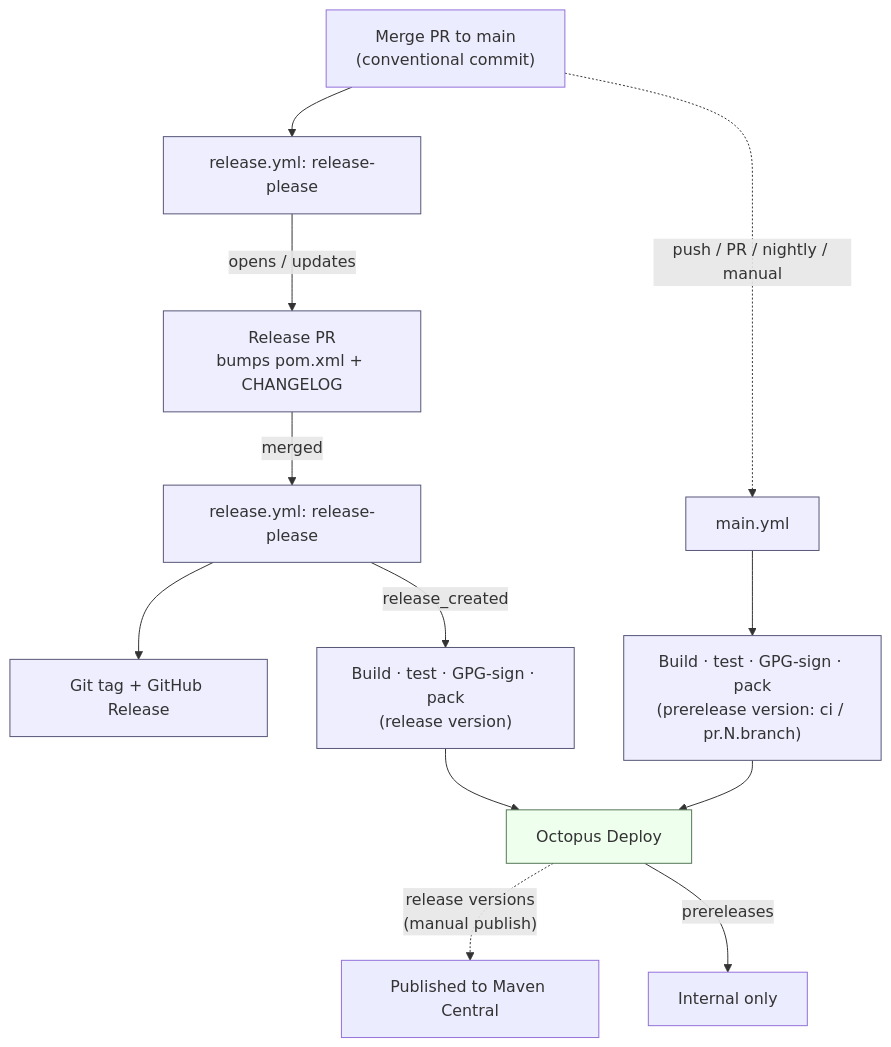
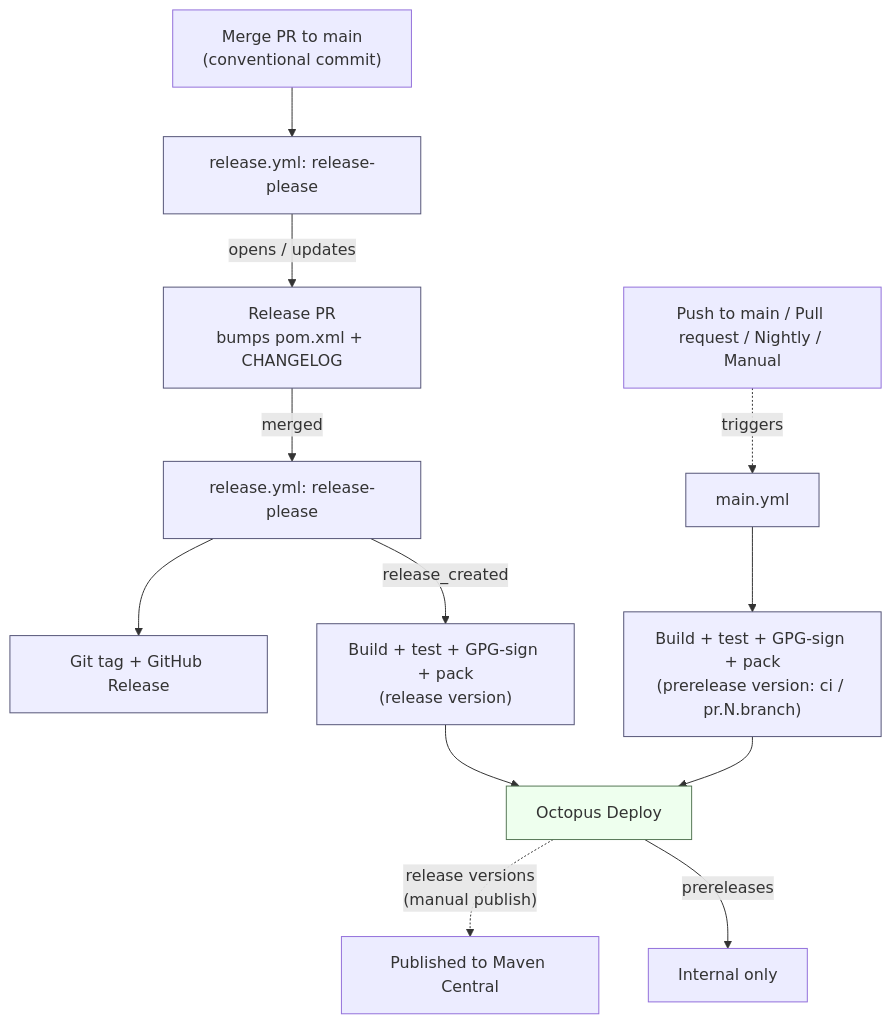
One commit to OctopusDeploy/openfeature-provider-java changed the diagram in RELEASING.md. Above: the diagram before and after it, drawn with Mermaid. The commit also changed 2 other files, not shown here.

````diff
--- a/RELEASING.md
+++ b/RELEASING.md
@@ -7,23 +7,24 @@
 ```mermaid
 flowchart TD
     PR["Merge PR to main<br/>(conventional commit)"]
+    TRIG["Push to main / Pull request / Nightly / Manual"]
 
     PR --> RP["release.yml: release-please"]
-    PR -. "push / PR / nightly / manual" .-> CI["main.yml"]
+    TRIG -. "triggers" .-> CI["main.yml"]
 
     RP -->|"opens / updates"| RPR["Release PR<br/>bumps pom.xml + CHANGELOG"]
     RPR -->|"merged"| RP2["release.yml: release-please"]
     RP2 --> TAG["Git tag + GitHub Release"]
-    RP2 -->|"release_created"| ACTR["Build · test · GPG-sign · pack<br/>(release version)"]
-    CI --> ACTP["Build · test · GPG-sign · pack<br/>(prerelease version: ci / pr.N.branch)"]
+    RP2 -->|"release_created"| ACTR["Build + test + GPG-sign + pack<br/>(release version)"]
+    CI --> ACTP["Build + test + GPG-sign + pack<br/>(prerelease version: ci / pr.N.branch)"]
 
     ACTR --> OCT["Octopus Deploy"]
     ACTP --> OCT
     OCT -. "release versions<br/>(manual publish)" .-> PUB["Published to Maven Central"]
     OCT -->|"prereleases"| PRE["Internal only"]
 
     classDef gh fill:#eef,stroke:#557;
     classDef oct fill:#efe,stroke:#575;
     class RP,RPR,RP2,TAG,CI,ACTR,ACTP gh;
     class OCT oct;
 ```
````
